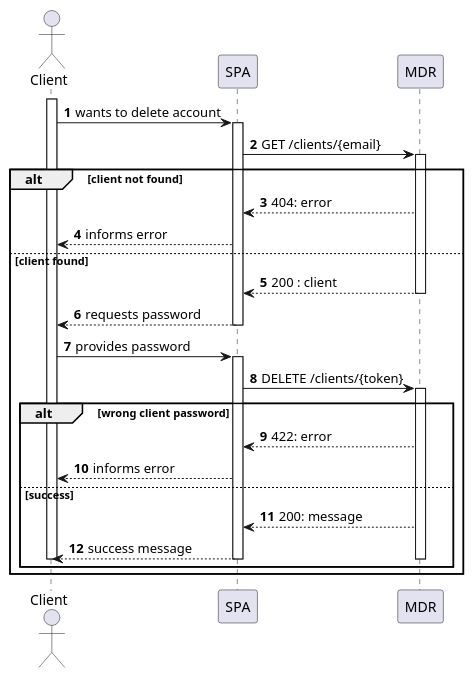
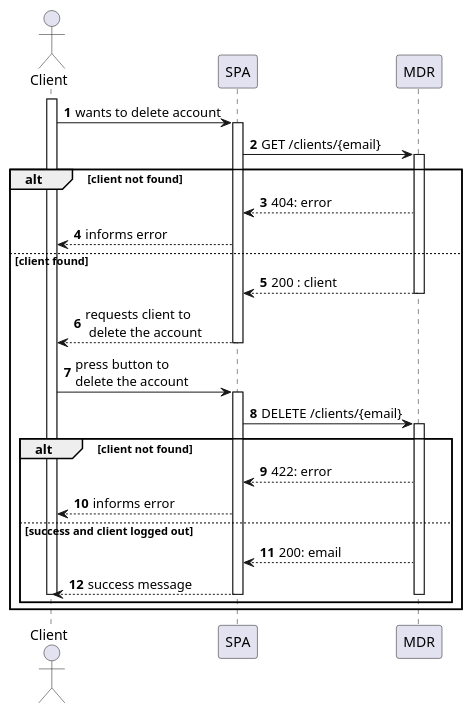
The diagram in docs/us120/level2/process-view.puml (Departamento-de-Engenharia-Informatica/lapr5-23-24-g19), drawn with PlantUML before and after one commit. The commit also changed 7 other files, not shown here.

```diff
--- a/docs/us120/level2/process-view.puml
+++ b/docs/us120/level2/process-view.puml
@@ -1,41 +1,41 @@
 @startuml
 
 autonumber
 
 actor "Client" as usr
 
 participant "SPA" as ui
 
 participant "MDR" as md
 
 activate usr
 usr -> ui : wants to delete account
     activate ui
         ui -> md : GET /clients/{email}
         activate md
 alt client not found
             md --> ui : 404: error
             ui --> usr : informs error
 else client found
             md --> ui : 200 : client
         deactivate md
-        ui --> usr : requests password
+        ui --> usr : requests client to\n delete the account
     deactivate ui
 
-    usr -> ui : provides password
+    usr -> ui : press button to \ndelete the account
     activate ui
-    ui -> md : DELETE /clients/{token}
+    ui -> md : DELETE /clients/{email}
         activate md
-alt wrong client password
+alt client not found
             md --> ui : 422: error
             ui --> usr : informs error
-else success
-            md --> ui : 200: message
+else success and client logged out
+            md --> ui : 200: email
             ui --> usr : success message
         deactivate md
     deactivate ui
 deactivate usr
 end
 end
 
 @enduml
```
